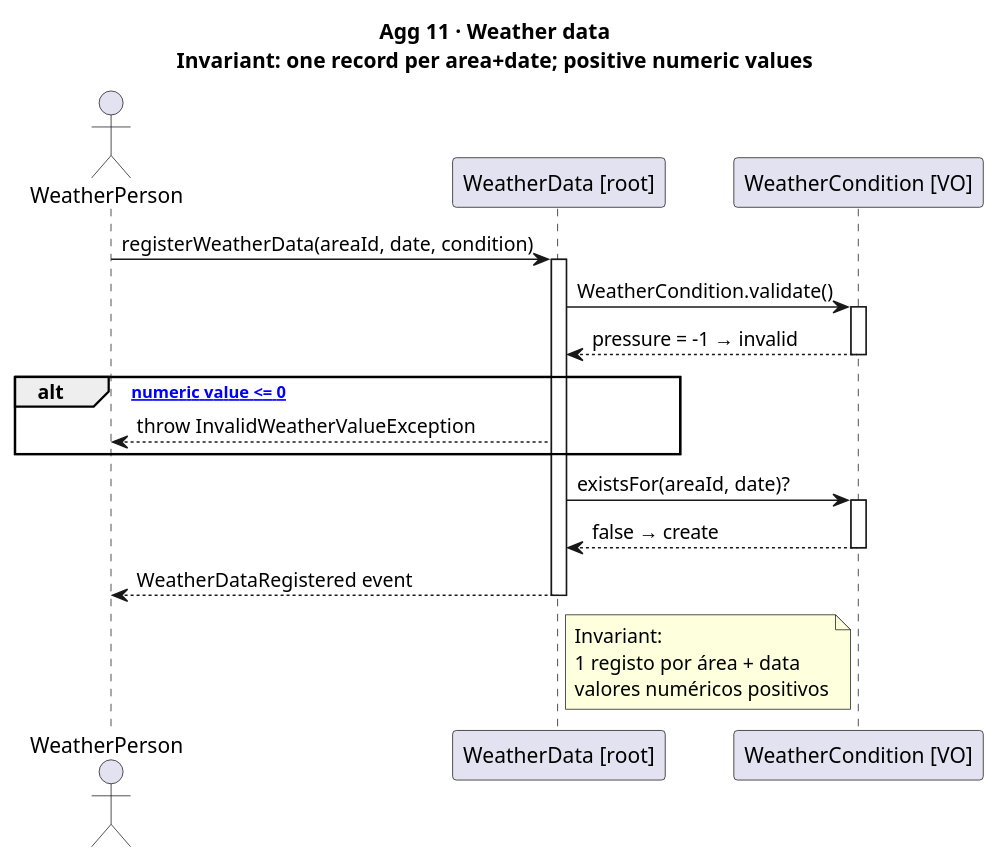
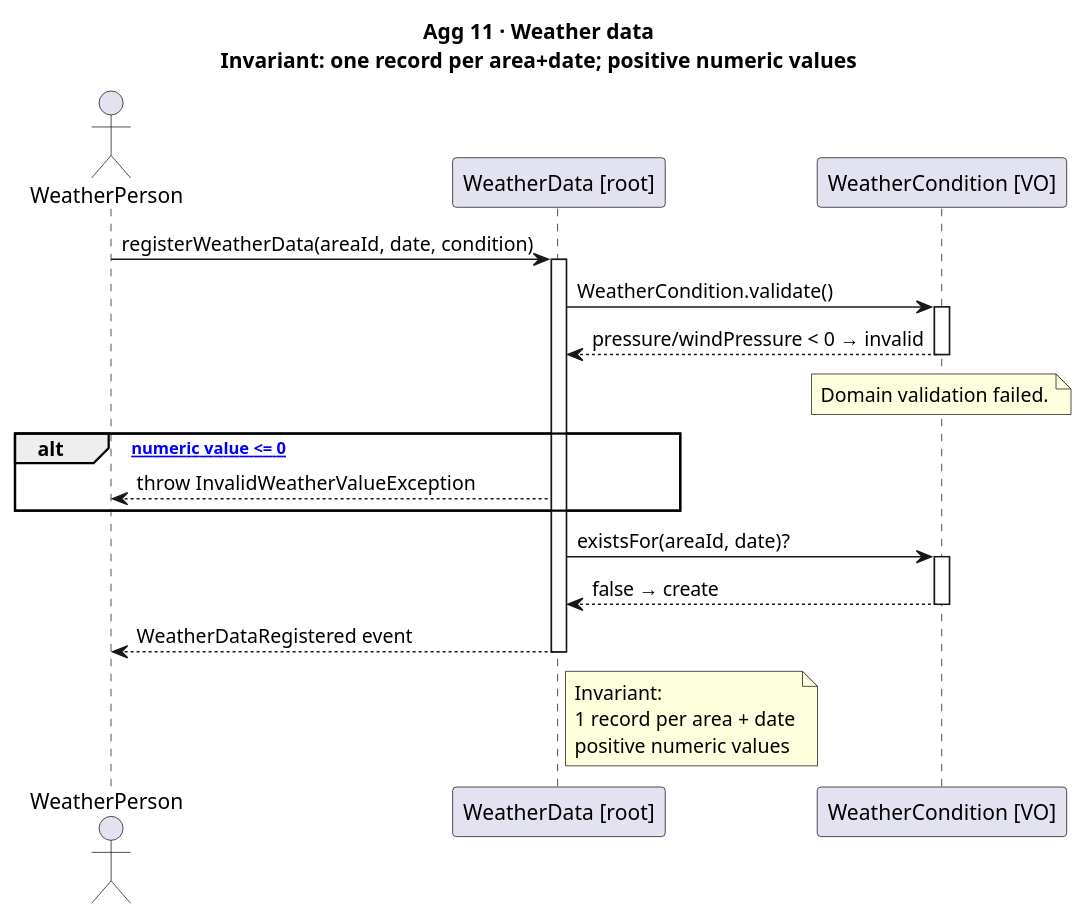
Before and after one commit to DuartePinto1240/sem4pi2526-sem4pi2526_2da2: the diagram in docs/Agg11.puml, drawn with PlantUML.

Commit message:
Weather aggregate sequence diagram correction #11

```diff
--- a/docs/Agg11.puml
+++ b/docs/Agg11.puml
@@ -1,35 +1,36 @@
 @startuml US011_Agg11_WeatherData
 title Agg 11 · Weather data\nInvariant: one record per area+date; positive numeric values
 
 actor "WeatherPerson" as WP
 participant "WeatherData [root]" as WD
 participant "WeatherCondition [VO]" as WC
 
 WP -> WD : registerWeatherData(areaId, date, condition)
 activate WD
 
 WD -> WC : WeatherCondition.validate()
 activate WC
-WC --> WD : pressure = -1 → invalid
+WC --> WD : pressure/windPressure < 0 → invalid
+note over WC: Domain validation failed.
 deactivate WC
 
 alt [any numeric value <= 0]
     WD --> WP : throw InvalidWeatherValueException
 end
 
 WD -> WC : existsFor(areaId, date)?
 activate WC
 WC --> WD : false → create
 deactivate WC
 
 WD --> WP : WeatherDataRegistered event
 
 deactivate WD
 
 note right of WD
   Invariant:
-  1 registo por área + data
-  valores numéricos positivos
+  1 record per area + date
+  positive numeric values
 end note
 
 @enduml
```
